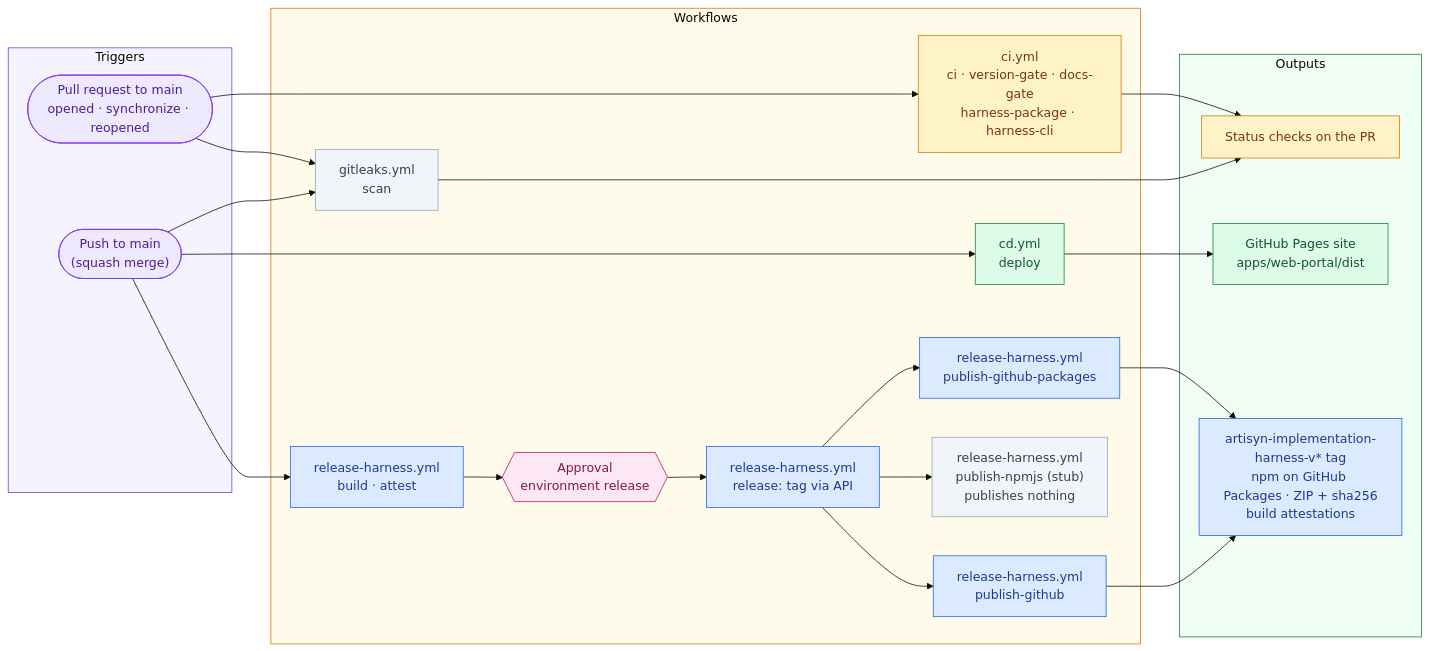
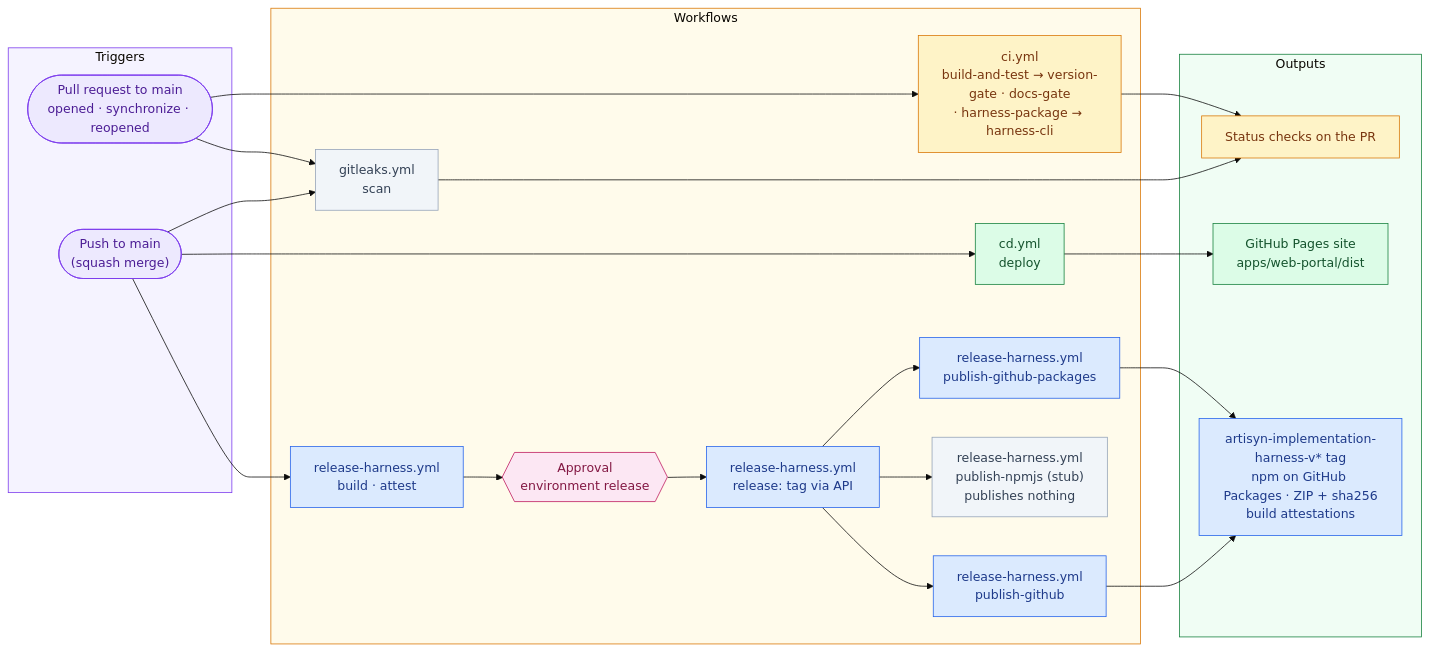
The first of 2 diagrams in docs/Engineering Guide/09 CI-CD.md (DataArt/artisyn-implementation-harness), drawn with Mermaid (base theme) before and after one commit. The commit also changed other lines of this file and 12 other files, not shown here.

First line of the commit message:
docs(ci): describe the three CI stages, build-and-test, unit-cli and the removed log-hub verify

````diff
--- a/docs/Engineering Guide/09 CI-CD.md
+++ b/docs/Engineering Guide/09 CI-CD.md
@@ -25,44 +25,44 @@
 ```mermaid
 flowchart LR
     subgraph TRIG ["  Triggers  "]
         PR(["Pull request to main\nopened · synchronize · reopened"]):::trigger
         PUSH(["Push to main\n(squash merge)"]):::trigger
     end
 
     subgraph WF ["  Workflows  "]
-        CI["ci.yml\nci · version-gate · docs-gate\nharness-package · harness-cli"]:::gate
+        CI["ci.yml\nbuild-and-test → version-gate · docs-gate\n· harness-package → harness-cli"]:::gate
         GL["gitleaks.yml\nscan"]:::advisory
         CD["cd.yml\ndeploy"]:::deploy
         RHB["release-harness.yml\nbuild · attest"]:::release
         APP{{"Approval\nenvironment release"}}:::approval
         RHR["release-harness.yml\nrelease: tag via API"]:::release
         RHN["release-harness.yml\npublish-github-packages"]:::release
         RHG["release-harness.yml\npublish-github"]:::release
         RHS["release-harness.yml\npublish-npmjs (stub)\npublishes nothing"]:::advisory
     end
 
     subgraph OUT ["  Outputs  "]
         CHK["Status checks on the PR"]:::gate
         PAGES["GitHub Pages site\napps/web-portal/dist"]:::deploy
         HTAG["artisyn-implementation-harness-v* tag\nnpm on GitHub Packages · ZIP + sha256\nbuild attestations"]:::release
     end
 
     PR --> CI --> CHK
     PR --> GL --> CHK
     PUSH --> GL
     PUSH --> CD --> PAGES
     PUSH --> RHB --> APP --> RHR
     RHR --> RHN --> HTAG
     RHR --> RHG --> HTAG
     RHR --> RHS
 
     classDef trigger fill:#EDE9FE,stroke:#7C3AED,color:#4c1d95
     classDef approval fill:#FCE7F3,stroke:#BE185D,color:#831843
     classDef gate fill:#FEF3C7,stroke:#D97706,color:#78350f
     classDef advisory fill:#F1F5F9,stroke:#94A3B8,color:#334155
     classDef deploy fill:#DCFCE7,stroke:#15803D,color:#14532D
     classDef release fill:#DBEAFE,stroke:#2563EB,color:#1e3a8a
     style TRIG fill:#F5F3FF,stroke:#7C3AED
     style WF fill:#FFFBEB,stroke:#D97706
     style OUT fill:#F0FDF4,stroke:#15803D
 ```
````
